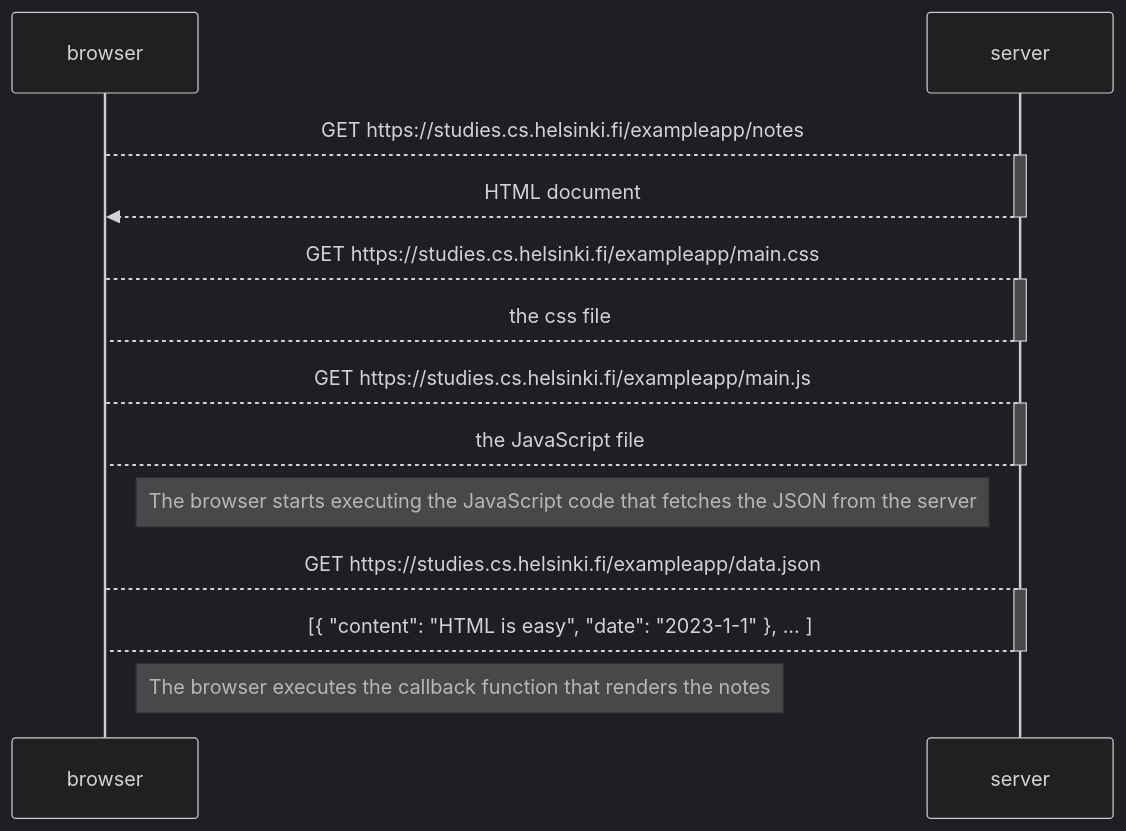
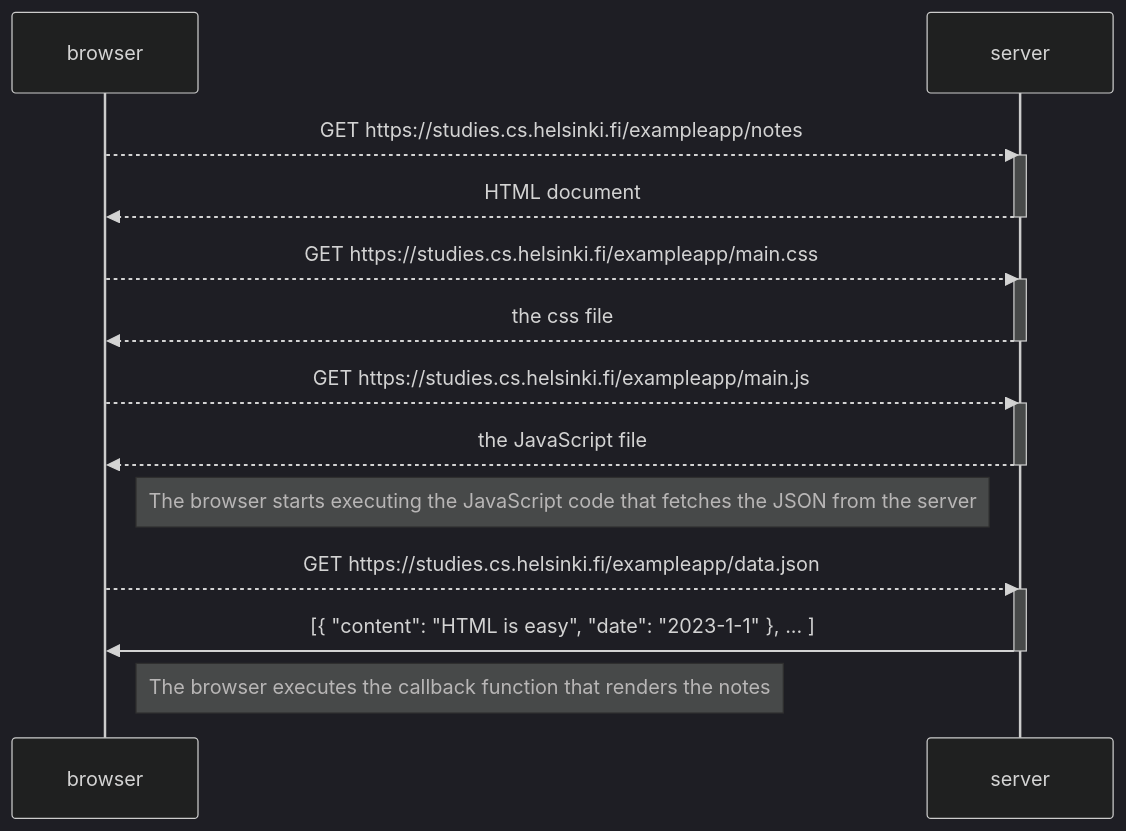
The diagram in README.md (SORNISITH/example_app), drawn with Mermaid (dark theme) before and after one commit.

````diff
--- a/README.md
+++ b/README.md
@@ -7,30 +7,30 @@
 ```mermaid
 sequenceDiagram;
     participant browser;
     participant server;
 
-    browser-->server: GET https://studies.cs.helsinki.fi/exampleapp/notes;
+    browser-->>server: GET https://studies.cs.helsinki.fi/exampleapp/notes;
     activate server;
     server-->>browser: HTML document;
     deactivate server;
 
-    browser-->server: GET https://studies.cs.helsinki.fi/exampleapp/main.css;
+    browser-->>server: GET https://studies.cs.helsinki.fi/exampleapp/main.css;
     activate server;
-    server-->browser: the css file;
+    server-->>browser: the css file;
     deactivate server;
 
-    browser-->server: GET https://studies.cs.helsinki.fi/exampleapp/main.js;
+    browser-->>server: GET https://studies.cs.helsinki.fi/exampleapp/main.js;
     activate server;
-    server-->browser: the JavaScript file;
+    server-->>browser: the JavaScript file;
     deactivate server;
 
     Note right of browser: The browser starts executing the JavaScript code that fetches the JSON from the server;
 
-    browser-->server: GET https://studies.cs.helsinki.fi/exampleapp/data.json;
+    browser-->>server: GET https://studies.cs.helsinki.fi/exampleapp/data.json;
     activate server;
-    server-->browser: [{ "content": "HTML is easy", "date": "2023-1-1" }, ... ];
+    server->>browser: [{ "content": "HTML is easy", "date": "2023-1-1" }, ... ];
     deactivate server;
 
     Note right of browser: The browser executes the callback function that renders the notes;
 
 ```
````
